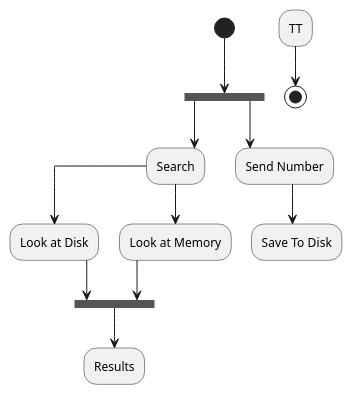
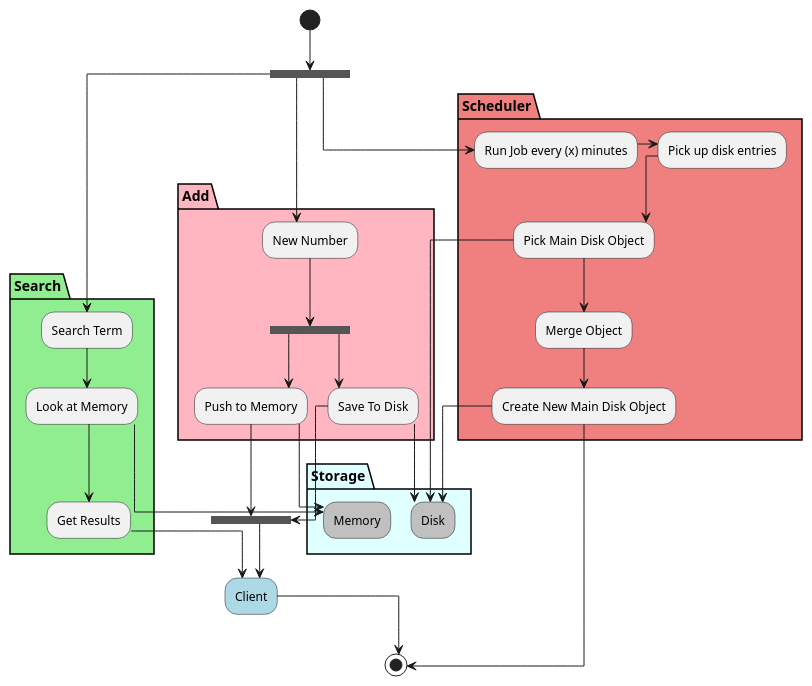
Before and after one commit to elasticrash/NumberMatching: the diagram in flow-chart.puml, drawn with PlantUML. The commit also changed 2 other files, not shown here.

```diff
--- a/flow-chart.puml
+++ b/flow-chart.puml
@@ -1,15 +1,46 @@
 @startuml
 skinparam linetype ortho
+skinparam activity {
+BackgroundColor<< Store >> Silver
+BackgroundColor<< Client >> LightBlue
+}
+
 (*) --> ===BEGIN=== 
-===BEGIN=== -->"Search"
-===BEGIN===  --> "Send Number"
-"Send Number" --> "Save To Disk"
 
-"Search" --> "Look at Disk"
-"Search" --> "Look at Memory"
-"Look at Disk" --> ===MERGE===
-"Look at Memory" --> ===MERGE===
-===MERGE=== --> "Results"
- "TT" --> (*)
+partition Search #LightGreen{
+===BEGIN=== -->"Search Term"
+"Search Term" --> "Look at Memory"
+"Look at Memory" --> "Get Results"
+}
 
+partition Add #LightPink {
+===BEGIN===  --> "New Number"
+"New Number" --> === SAVE === 
+=== SAVE === --> "Save To Disk"
+=== SAVE === --> "Push to Memory"
+}
+
+partition Scheduler #LightCoral {
+===BEGIN===  --> "Run Job every (x) minutes"
+"Run Job every (x) minutes" -> "Pick up disk entries" 
+"Pick up disk entries" --> "Pick Main Disk Object"
+"Pick Main Disk Object" --> "Merge Object"
+"Merge Object" --> "Create New Main Disk Object"
+}
+
+partition Storage #LightCyan {
+"Push to Memory" --> "Memory" << Store >>
+"Save To Disk" --> "Disk" << Store >>
+}
+
+"Create New Main Disk Object" --> "Disk"
+
+"Get Results" --> "Client" << Client >>
+"Look at Memory" --> "Memory"
+"Pick Main Disk Object" --> "Disk"
+"Save To Disk" --> === ADD ====
+"Push to Memory" --> === ADD ====
+=== ADD ==== --> "Client"
+"Create New Main Disk Object" --> (*)
+"Client" --> (*)
 @enduml
```
